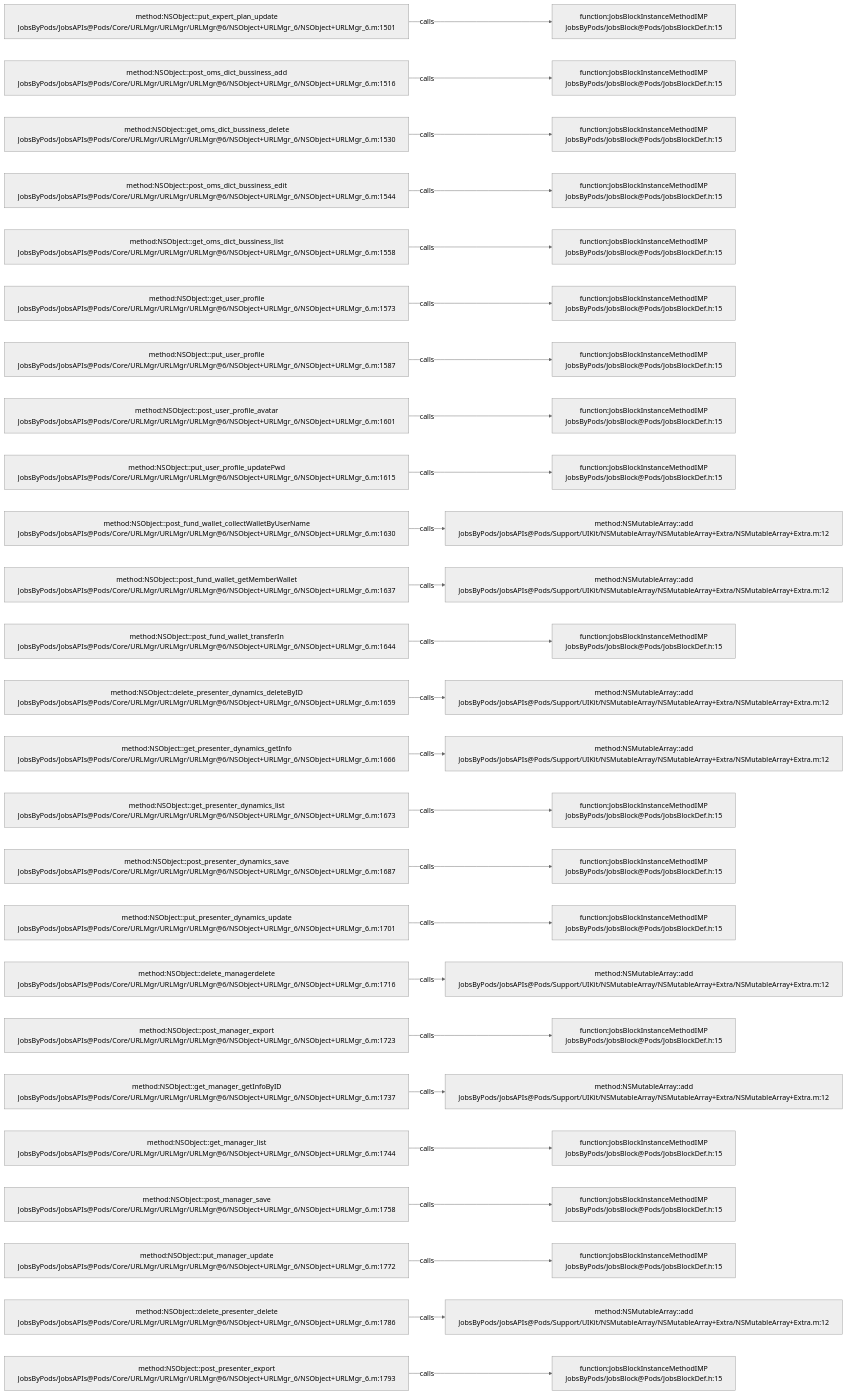
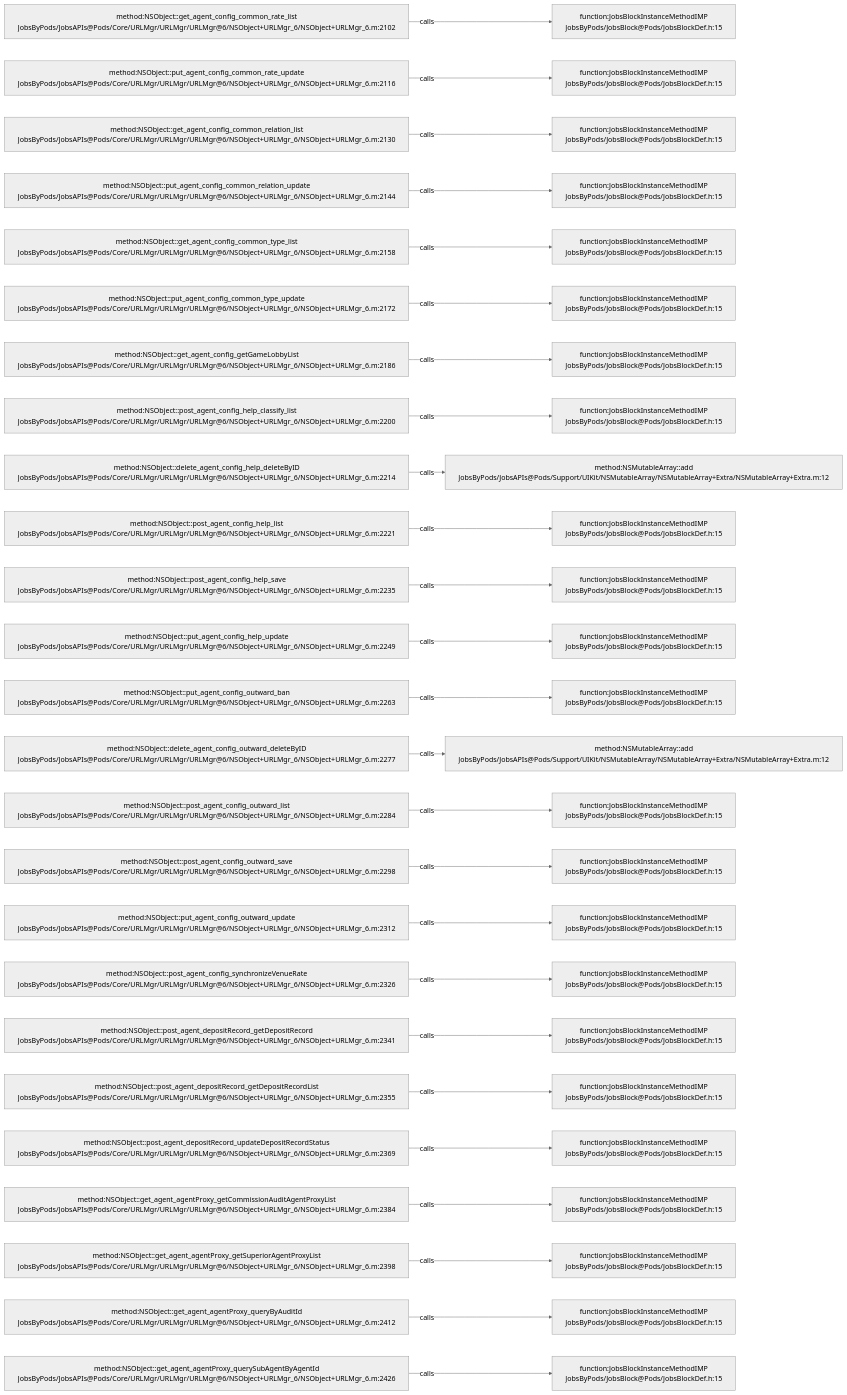
Before and after one commit to JobsKits/JobsOCBaseConfigDemo: the diagram in .codegraph/codegraph.md/graphs/calls-071.md, drawn with Mermaid (neutral theme). The commit also changed 223 other files, not shown here.

````diff
--- a/.codegraph/codegraph.md/graphs/calls-071.md
+++ b/.codegraph/codegraph.md/graphs/calls-071.md
@@ -13,78 +13,78 @@
 ```mermaid
 flowchart LR
-  S1["method:NSObject::put_expert_plan_update<br/>JobsByPods/JobsAPIs@Pods/Core/URLMgr/URLMgr/URLMgr@6/NSObject+URLMgr_6/NSObject+URLMgr_6.m:1501"]
+  S1["method:NSObject::get_agent_config_common_rate_list<br/>JobsByPods/JobsAPIs@Pods/Core/URLMgr/URLMgr/URLMgr@6/NSObject+URLMgr_6/NSObject+URLMgr_6.m:2102"]
   T1["function:JobsBlockInstanceMethodIMP<br/>JobsByPods/JobsBlock@Pods/JobsBlockDef.h:15"]
   S1 -->|calls| T1
-  S2["method:NSObject::post_oms_dict_bussiness_add<br/>JobsByPods/JobsAPIs@Pods/Core/URLMgr/URLMgr/URLMgr@6/NSObject+URLMgr_6/NSObject+URLMgr_6.m:1516"]
+  S2["method:NSObject::put_agent_config_common_rate_update<br/>JobsByPods/JobsAPIs@Pods/Core/URLMgr/URLMgr/URLMgr@6/NSObject+URLMgr_6/NSObject+URLMgr_6.m:2116"]
   T2["function:JobsBlockInstanceMethodIMP<br/>JobsByPods/JobsBlock@Pods/JobsBlockDef.h:15"]
   S2 -->|calls| T2
-  S3["method:NSObject::get_oms_dict_bussiness_delete<br/>JobsByPods/JobsAPIs@Pods/Core/URLMgr/URLMgr/URLMgr@6/NSObject+URLMgr_6/NSObject+URLMgr_6.m:1530"]
+  S3["method:NSObject::get_agent_config_common_relation_list<br/>JobsByPods/JobsAPIs@Pods/Core/URLMgr/URLMgr/URLMgr@6/NSObject+URLMgr_6/NSObject+URLMgr_6.m:2130"]
   T3["function:JobsBlockInstanceMethodIMP<br/>JobsByPods/JobsBlock@Pods/JobsBlockDef.h:15"]
   S3 -->|calls| T3
-  S4["method:NSObject::post_oms_dict_bussiness_edit<br/>JobsByPods/JobsAPIs@Pods/Core/URLMgr/URLMgr/URLMgr@6/NSObject+URLMgr_6/NSObject+URLMgr_6.m:1544"]
+  S4["method:NSObject::put_agent_config_common_relation_update<br/>JobsByPods/JobsAPIs@Pods/Core/URLMgr/URLMgr/URLMgr@6/NSObject+URLMgr_6/NSObject+URLMgr_6.m:2144"]
   T4["function:JobsBlockInstanceMethodIMP<br/>JobsByPods/JobsBlock@Pods/JobsBlockDef.h:15"]
   S4 -->|calls| T4
-  S5["method:NSObject::get_oms_dict_bussiness_list<br/>JobsByPods/JobsAPIs@Pods/Core/URLMgr/URLMgr/URLMgr@6/NSObject+URLMgr_6/NSObject+URLMgr_6.m:1558"]
+  S5["method:NSObject::get_agent_config_common_type_list<br/>JobsByPods/JobsAPIs@Pods/Core/URLMgr/URLMgr/URLMgr@6/NSObject+URLMgr_6/NSObject+URLMgr_6.m:2158"]
   T5["function:JobsBlockInstanceMethodIMP<br/>JobsByPods/JobsBlock@Pods/JobsBlockDef.h:15"]
   S5 -->|calls| T5
-  S6["method:NSObject::get_user_profile<br/>JobsByPods/JobsAPIs@Pods/Core/URLMgr/URLMgr/URLMgr@6/NSObject+URLMgr_6/NSObject+URLMgr_6.m:1573"]
+  S6["method:NSObject::put_agent_config_common_type_update<br/>JobsByPods/JobsAPIs@Pods/Core/URLMgr/URLMgr/URLMgr@6/NSObject+URLMgr_6/NSObject+URLMgr_6.m:2172"]
   T6["function:JobsBlockInstanceMethodIMP<br/>JobsByPods/JobsBlock@Pods/JobsBlockDef.h:15"]
   S6 -->|calls| T6
-  S7["method:NSObject::put_user_profile<br/>JobsByPods/JobsAPIs@Pods/Core/URLMgr/URLMgr/URLMgr@6/NSObject+URLMgr_6/NSObject+URLMgr_6.m:1587"]
+  S7["method:NSObject::get_agent_config_getGameLobbyList<br/>JobsByPods/JobsAPIs@Pods/Core/URLMgr/URLMgr/URLMgr@6/NSObject+URLMgr_6/NSObject+URLMgr_6.m:2186"]
   T7["function:JobsBlockInstanceMethodIMP<br/>JobsByPods/JobsBlock@Pods/JobsBlockDef.h:15"]
   S7 -->|calls| T7
-  S8["method:NSObject::post_user_profile_avatar<br/>JobsByPods/JobsAPIs@Pods/Core/URLMgr/URLMgr/URLMgr@6/NSObject+URLMgr_6/NSObject+URLMgr_6.m:1601"]
+  S8["method:NSObject::post_agent_config_help_classify_list<br/>JobsByPods/JobsAPIs@Pods/Core/URLMgr/URLMgr/URLMgr@6/NSObject+URLMgr_6/NSObject+URLMgr_6.m:2200"]
   T8["function:JobsBlockInstanceMethodIMP<br/>JobsByPods/JobsBlock@Pods/JobsBlockDef.h:15"]
   S8 -->|calls| T8
-  S9["method:NSObject::put_user_profile_updatePwd<br/>JobsByPods/JobsAPIs@Pods/Core/URLMgr/URLMgr/URLMgr@6/NSObject+URLMgr_6/NSObject+URLMgr_6.m:1615"]
-  T9["function:JobsBlockInstanceMethodIMP<br/>JobsByPods/JobsBlock@Pods/JobsBlockDef.h:15"]
+  S9["method:NSObject::delete_agent_config_help_deleteByID<br/>JobsByPods/JobsAPIs@Pods/Core/URLMgr/URLMgr/URLMgr@6/NSObject+URLMgr_6/NSObject+URLMgr_6.m:2214"]
+  T9["method:NSMutableArray::add<br/>JobsByPods/JobsAPIs@Pods/Support/UIKit/NSMutableArray/NSMutableArray+Extra/NSMutableArray+Extra.m:12"]
   S9 -->|calls| T9
-  S10["method:NSObject::post_fund_wallet_collectWalletByUserName<br/>JobsByPods/JobsAPIs@Pods/Core/URLMgr/URLMgr/URLMgr@6/NSObject+URLMgr_6/NSObject+URLMgr_6.m:1630"]
-  T10["method:NSMutableArray::add<br/>JobsByPods/JobsAPIs@Pods/Support/UIKit/NSMutableArray/NSMutableArray+Extra/NSMutableArray+Extra.m:12"]
+  S10["method:NSObject::post_agent_config_help_list<br/>JobsByPods/JobsAPIs@Pods/Core/URLMgr/URLMgr/URLMgr@6/NSObject+URLMgr_6/NSObject+URLMgr_6.m:2221"]
+  T10["function:JobsBlockInstanceMethodIMP<br/>JobsByPods/JobsBlock@Pods/JobsBlockDef.h:15"]
   S10 -->|calls| T10
-  S11["method:NSObject::post_fund_wallet_getMemberWallet<br/>JobsByPods/JobsAPIs@Pods/Core/URLMgr/URLMgr/URLMgr@6/NSObject+URLMgr_6/NSObject+URLMgr_6.m:1637"]
-  T11["method:NSMutableArray::add<br/>JobsByPods/JobsAPIs@Pods/Support/UIKit/NSMutableArray/NSMutableArray+Extra/NSMutableArray+Extra.m:12"]
+  S11["method:NSObject::post_agent_config_help_save<br/>JobsByPods/JobsAPIs@Pods/Core/URLMgr/URLMgr/URLMgr@6/NSObject+URLMgr_6/NSObject+URLMgr_6.m:2235"]
+  T11["function:JobsBlockInstanceMethodIMP<br/>JobsByPods/JobsBlock@Pods/JobsBlockDef.h:15"]
   S11 -->|calls| T11
-  S12["method:NSObject::post_fund_wallet_transferIn<br/>JobsByPods/JobsAPIs@Pods/Core/URLMgr/URLMgr/URLMgr@6/NSObject+URLMgr_6/NSObject+URLMgr_6.m:1644"]
+  S12["method:NSObject::put_agent_config_help_update<br/>JobsByPods/JobsAPIs@Pods/Core/URLMgr/URLMgr/URLMgr@6/NSObject+URLMgr_6/NSObject+URLMgr_6.m:2249"]
   T12["function:JobsBlockInstanceMethodIMP<br/>JobsByPods/JobsBlock@Pods/JobsBlockDef.h:15"]
   S12 -->|calls| T12
-  S13["method:NSObject::delete_presenter_dynamics_deleteByID<br/>JobsByPods/JobsAPIs@Pods/Core/URLMgr/URLMgr/URLMgr@6/NSObject+URLMgr_6/NSObject+URLMgr_6.m:1659"]
-  T13["method:NSMutableArray::add<br/>JobsByPods/JobsAPIs@Pods/Support/UIKit/NSMutableArray/NSMutableArray+Extra/NSMutableArray+Extra.m:12"]
+  S13["method:NSObject::put_agent_config_outward_ban<br/>JobsByPods/JobsAPIs@Pods/Core/URLMgr/URLMgr/URLMgr@6/NSObject+URLMgr_6/NSObject+URLMgr_6.m:2263"]
+  T13["function:JobsBlockInstanceMethodIMP<br/>JobsByPods/JobsBlock@Pods/JobsBlockDef.h:15"]
   S13 -->|calls| T13
-  S14["method:NSObject::get_presenter_dynamics_getInfo<br/>JobsByPods/JobsAPIs@Pods/Core/URLMgr/URLMgr/URLMgr@6/NSObject+URLMgr_6/NSObject+URLMgr_6.m:1666"]
+  S14["method:NSObject::delete_agent_config_outward_deleteByID<br/>JobsByPods/JobsAPIs@Pods/Core/URLMgr/URLMgr/URLMgr@6/NSObject+URLMgr_6/NSObject+URLMgr_6.m:2277"]
   T14["method:NSMutableArray::add<br/>JobsByPods/JobsAPIs@Pods/Support/UIKit/NSMutableArray/NSMutableArray+Extra/NSMutableArray+Extra.m:12"]
   S14 -->|calls| T14
-  S15["method:NSObject::get_presenter_dynamics_list<br/>JobsByPods/JobsAPIs@Pods/Core/URLMgr/URLMgr/URLMgr@6/NSObject+URLMgr_6/NSObject+URLMgr_6.m:1673"]
+  S15["method:NSObject::post_agent_config_outward_list<br/>JobsByPods/JobsAPIs@Pods/Core/URLMgr/URLMgr/URLMgr@6/NSObject+URLMgr_6/NSObject+URLMgr_6.m:2284"]
   T15["function:JobsBlockInstanceMethodIMP<br/>JobsByPods/JobsBlock@Pods/JobsBlockDef.h:15"]
   S15 -->|calls| T15
-  S16["method:NSObject::post_presenter_dynamics_save<br/>JobsByPods/JobsAPIs@Pods/Core/URLMgr/URLMgr/URLMgr@6/NSObject+URLMgr_6/NSObject+URLMgr_6.m:1687"]
+  S16["method:NSObject::post_agent_config_outward_save<br/>JobsByPods/JobsAPIs@Pods/Core/URLMgr/URLMgr/URLMgr@6/NSObject+URLMgr_6/NSObject+URLMgr_6.m:2298"]
   T16["function:JobsBlockInstanceMethodIMP<br/>JobsByPods/JobsBlock@Pods/JobsBlockDef.h:15"]
   S16 -->|calls| T16
-  S17["method:NSObject::put_presenter_dynamics_update<br/>JobsByPods/JobsAPIs@Pods/Core/URLMgr/URLMgr/URLMgr@6/NSObject+URLMgr_6/NSObject+URLMgr_6.m:1701"]
+  S17["method:NSObject::put_agent_config_outward_update<br/>JobsByPods/JobsAPIs@Pods/Core/URLMgr/URLMgr/URLMgr@6/NSObject+URLMgr_6/NSObject+URLMgr_6.m:2312"]
   T17["function:JobsBlockInstanceMethodIMP<br/>JobsByPods/JobsBlock@Pods/JobsBlockDef.h:15"]
   S17 -->|calls| T17
-  S18["method:NSObject::delete_managerdelete<br/>JobsByPods/JobsAPIs@Pods/Core/URLMgr/URLMgr/URLMgr@6/NSObject+URLMgr_6/NSObject+URLMgr_6.m:1716"]
-  T18["method:NSMutableArray::add<br/>JobsByPods/JobsAPIs@Pods/Support/UIKit/NSMutableArray/NSMutableArray+Extra/NSMutableArray+Extra.m:12"]
+  S18["method:NSObject::post_agent_config_synchronizeVenueRate<br/>JobsByPods/JobsAPIs@Pods/Core/URLMgr/URLMgr/URLMgr@6/NSObject+URLMgr_6/NSObject+URLMgr_6.m:2326"]
+  T18["function:JobsBlockInstanceMethodIMP<br/>JobsByPods/JobsBlock@Pods/JobsBlockDef.h:15"]
   S18 -->|calls| T18
-  S19["method:NSObject::post_manager_export<br/>JobsByPods/JobsAPIs@Pods/Core/URLMgr/URLMgr/URLMgr@6/NSObject+URLMgr_6/NSObject+URLMgr_6.m:1723"]
+  S19["method:NSObject::post_agent_depositRecord_getDepositRecord<br/>JobsByPods/JobsAPIs@Pods/Core/URLMgr/URLMgr/URLMgr@6/NSObject+URLMgr_6/NSObject+URLMgr_6.m:2341"]
   T19["function:JobsBlockInstanceMethodIMP<br/>JobsByPods/JobsBlock@Pods/JobsBlockDef.h:15"]
   S19 -->|calls| T19
-  S20["method:NSObject::get_manager_getInfoByID<br/>JobsByPods/JobsAPIs@Pods/Core/URLMgr/URLMgr/URLMgr@6/NSObject+URLMgr_6/NSObject+URLMgr_6.m:1737"]
-  T20["method:NSMutableArray::add<br/>JobsByPods/JobsAPIs@Pods/Support/UIKit/NSMutableArray/NSMutableArray+Extra/NSMutableArray+Extra.m:12"]
+  S20["method:NSObject::post_agent_depositRecord_getDepositRecordList<br/>JobsByPods/JobsAPIs@Pods/Core/URLMgr/URLMgr/URLMgr@6/NSObject+URLMgr_6/NSObject+URLMgr_6.m:2355"]
+  T20["function:JobsBlockInstanceMethodIMP<br/>JobsByPods/JobsBlock@Pods/JobsBlockDef.h:15"]
   S20 -->|calls| T20
-  S21["method:NSObject::get_manager_list<br/>JobsByPods/JobsAPIs@Pods/Core/URLMgr/URLMgr/URLMgr@6/NSObject+URLMgr_6/NSObject+URLMgr_6.m:1744"]
+  S21["method:NSObject::post_agent_depositRecord_updateDepositRecordStatus<br/>JobsByPods/JobsAPIs@Pods/Core/URLMgr/URLMgr/URLMgr@6/NSObject+URLMgr_6/NSObject+URLMgr_6.m:2369"]
   T21["function:JobsBlockInstanceMethodIMP<br/>JobsByPods/JobsBlock@Pods/JobsBlockDef.h:15"]
   S21 -->|calls| T21
-  S22["method:NSObject::post_manager_save<br/>JobsByPods/JobsAPIs@Pods/Core/URLMgr/URLMgr/URLMgr@6/NSObject+URLMgr_6/NSObject+URLMgr_6.m:1758"]
+  S22["method:NSObject::get_agent_agentProxy_getCommissionAuditAgentProxyList<br/>JobsByPods/JobsAPIs@Pods/Core/URLMgr/URLMgr/URLMgr@6/NSObject+URLMgr_6/NSObject+URLMgr_6.m:2384"]
   T22["function:JobsBlockInstanceMethodIMP<br/>JobsByPods/JobsBlock@Pods/JobsBlockDef.h:15"]
   S22 -->|calls| T22
-  S23["method:NSObject::put_manager_update<br/>JobsByPods/JobsAPIs@Pods/Core/URLMgr/URLMgr/URLMgr@6/NSObject+URLMgr_6/NSObject+URLMgr_6.m:1772"]
+  S23["method:NSObject::get_agent_agentProxy_getSuperiorAgentProxyList<br/>JobsByPods/JobsAPIs@Pods/Core/URLMgr/URLMgr/URLMgr@6/NSObject+URLMgr_6/NSObject+URLMgr_6.m:2398"]
   T23["function:JobsBlockInstanceMethodIMP<br/>JobsByPods/JobsBlock@Pods/JobsBlockDef.h:15"]
   S23 -->|calls| T23
-  S24["method:NSObject::delete_presenter_delete<br/>JobsByPods/JobsAPIs@Pods/Core/URLMgr/URLMgr/URLMgr@6/NSObject+URLMgr_6/NSObject+URLMgr_6.m:1786"]
-  T24["method:NSMutableArray::add<br/>JobsByPods/JobsAPIs@Pods/Support/UIKit/NSMutableArray/NSMutableArray+Extra/NSMutableArray+Extra.m:12"]
+  S24["method:NSObject::get_agent_agentProxy_queryByAuditId<br/>JobsByPods/JobsAPIs@Pods/Core/URLMgr/URLMgr/URLMgr@6/NSObject+URLMgr_6/NSObject+URLMgr_6.m:2412"]
+  T24["function:JobsBlockInstanceMethodIMP<br/>JobsByPods/JobsBlock@Pods/JobsBlockDef.h:15"]
   S24 -->|calls| T24
-  S25["method:NSObject::post_presenter_export<br/>JobsByPods/JobsAPIs@Pods/Core/URLMgr/URLMgr/URLMgr@6/NSObject+URLMgr_6/NSObject+URLMgr_6.m:1793"]
+  S25["method:NSObject::get_agent_agentProxy_querySubAgentByAgentId<br/>JobsByPods/JobsAPIs@Pods/Core/URLMgr/URLMgr/URLMgr@6/NSObject+URLMgr_6/NSObject+URLMgr_6.m:2426"]
   T25["function:JobsBlockInstanceMethodIMP<br/>JobsByPods/JobsBlock@Pods/JobsBlockDef.h:15"]
   S25 -->|calls| T25
 ```
````
